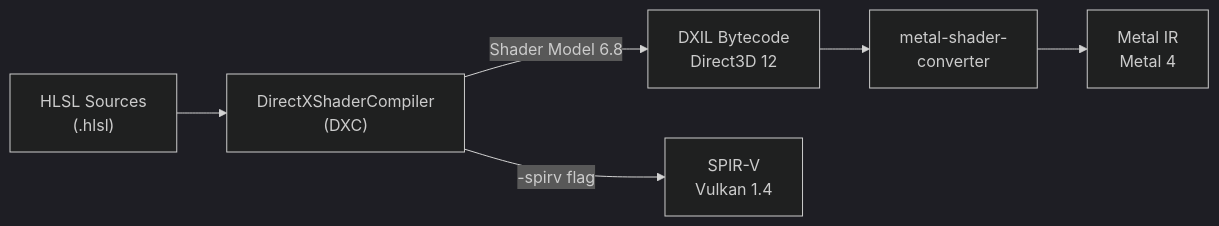
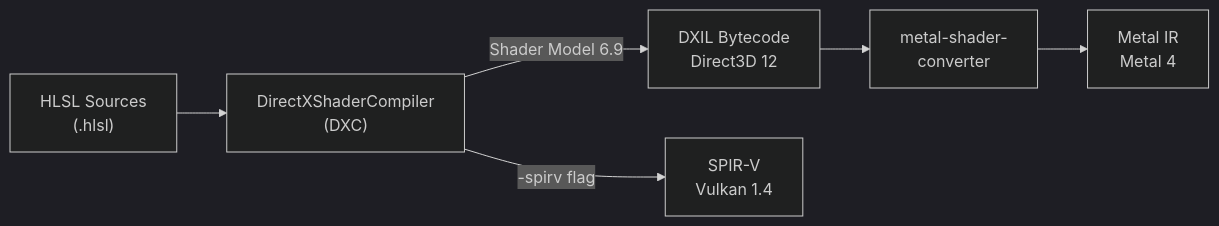
The first of 7 diagrams in docs/design/render-graph-design.md (harmonius-dev/harmonius), drawn with Mermaid (dark theme) before and after one commit. The commit also changed other lines of this file and 7 other files, not shown here.

````diff
--- a/docs/design/render-graph-design.md
+++ b/docs/design/render-graph-design.md
@@ -127,14 +125,14 @@
 ```mermaid
 flowchart LR
     HLSL["HLSL Sources<br/>(.hlsl)"]
     DXC["DirectXShaderCompiler<br/>(DXC)"]
     DXIL["DXIL Bytecode<br/>Direct3D 12"]
     SPIRV["SPIR-V<br/>Vulkan 1.4"]
     MSC["metal-shader-<br/>converter"]
     METALIR["Metal IR<br/>Metal 4"]
 
     HLSL --> DXC
-    DXC -->|"Shader Model 6.8"| DXIL
+    DXC -->|"Shader Model 6.9"| DXIL
     DXC -->|"-spirv flag"| SPIRV
     DXIL --> MSC --> METALIR
 ```
````
